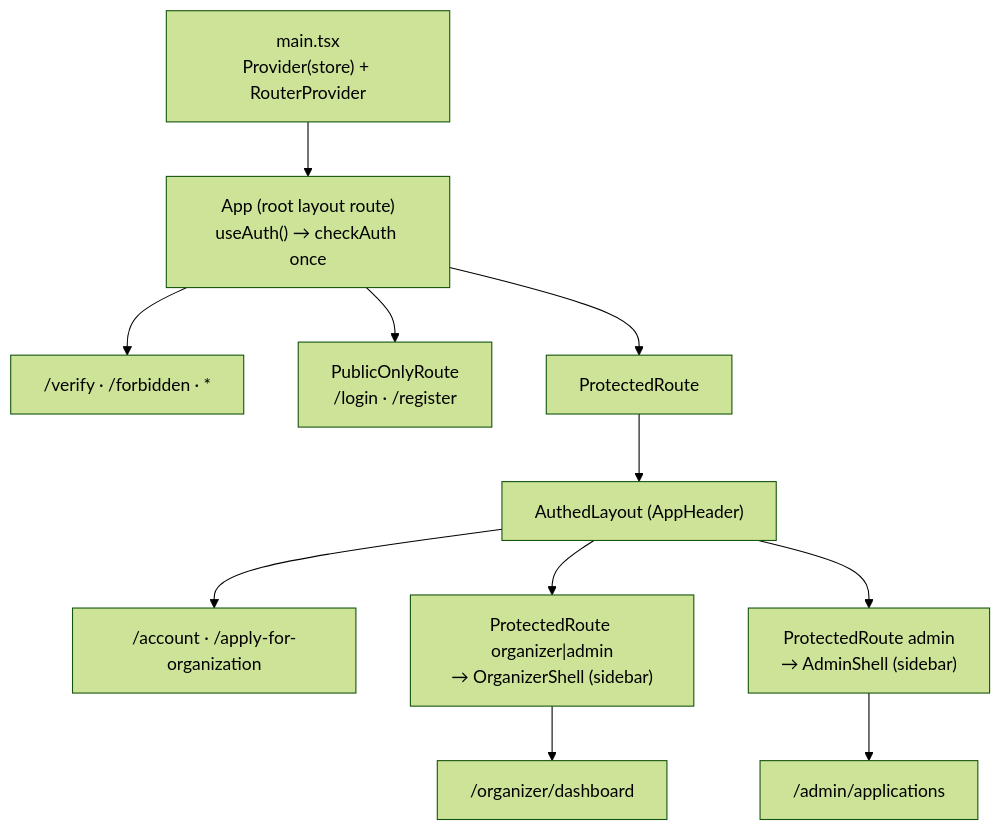
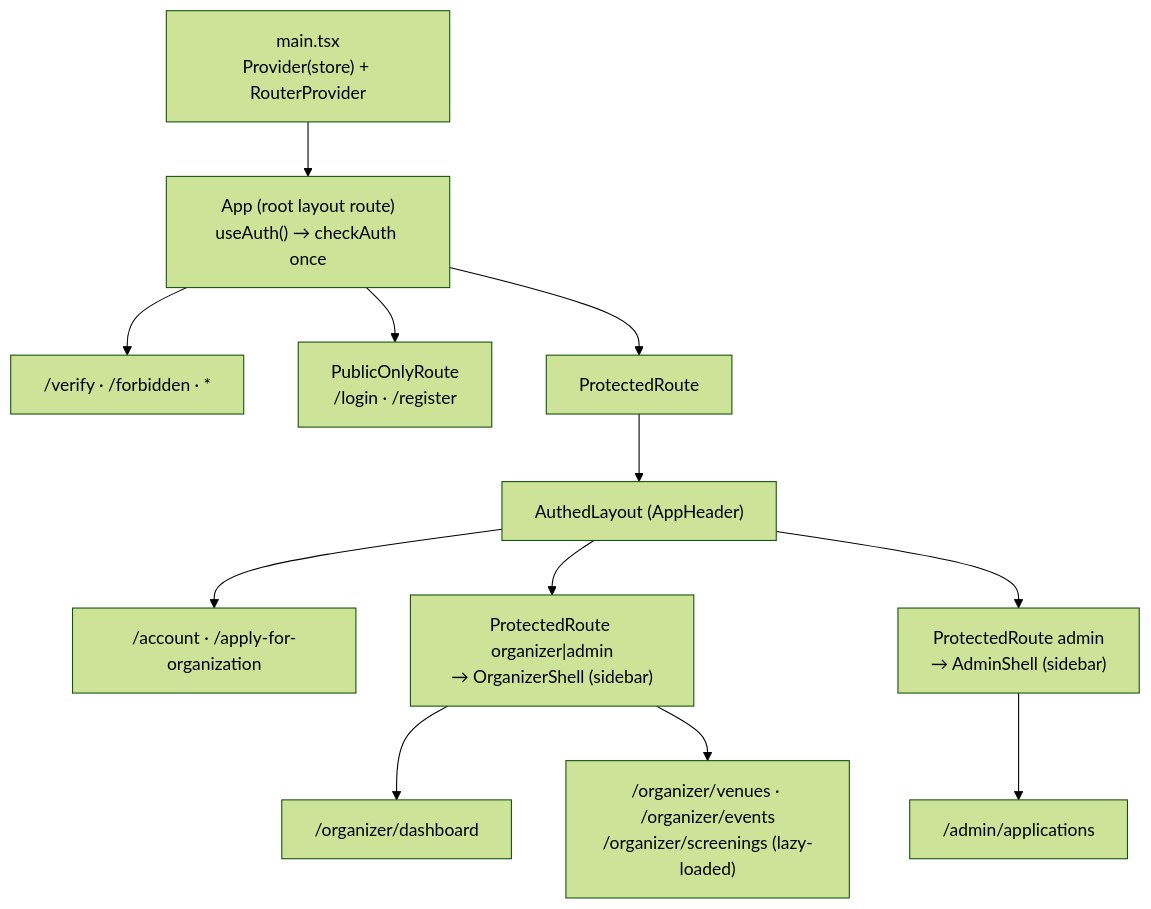
The seventh of 7 diagrams in docs/DOCUMENTATION.md (Danishmemon95/SeatEasy), drawn with Mermaid (forest theme) before and after one commit. The commit also changed other lines of this file and 1 other file, not shown here.

Commit message:
Update docs to reflect the built organizer UI and application changes

````diff
--- a/docs/DOCUMENTATION.md
+++ b/docs/DOCUMENTATION.md
@@ -1123,13 +1130,14 @@
 ```mermaid
 flowchart TD
     main["main.tsx<br/>Provider(store) + RouterProvider"] --> App["App (root layout route)<br/>useAuth() → checkAuth once"]
     App --> Public["/verify · /forbidden · *"]
     App --> PO["PublicOnlyRoute<br/>/login · /register"]
     App --> PR["ProtectedRoute"]
     PR --> AL["AuthedLayout (AppHeader)"]
     AL --> Acc["/account · /apply-for-organization"]
     AL --> OrgG["ProtectedRoute organizer|admin<br/>→ OrganizerShell (sidebar)"]
     OrgG --> OD["/organizer/dashboard"]
+    OrgG --> Cat["/organizer/venues · /organizer/events<br/>/organizer/screenings (lazy-loaded)"]
     AL --> AdmG["ProtectedRoute admin<br/>→ AdminShell (sidebar)"]
     AdmG --> AA["/admin/applications"]
 ```
````
